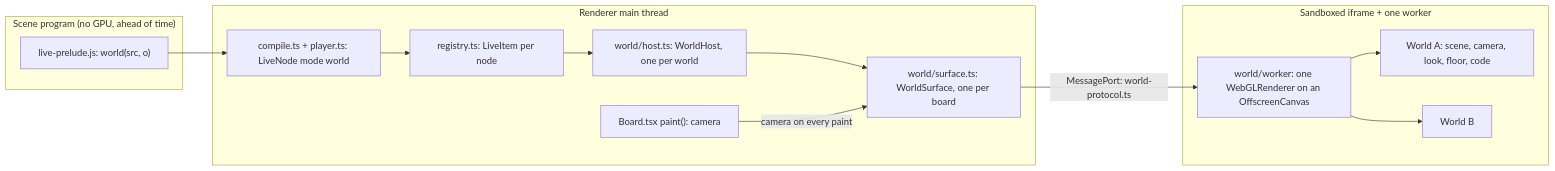
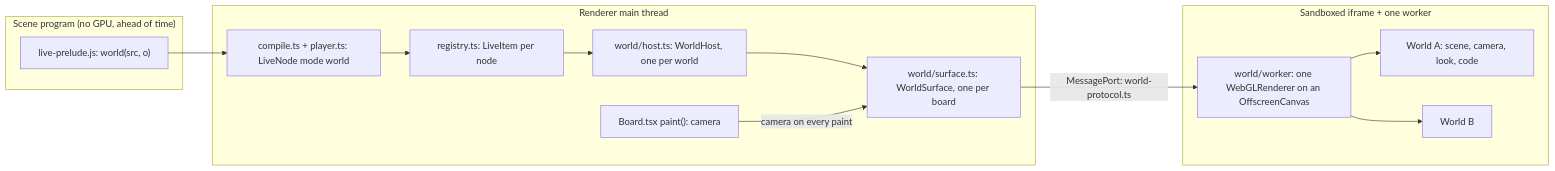
One commit to Nordup/askaboard changed the second of 7 diagrams in docs/learning-space/one-world-architecture.md. Above: the diagram before and after it, drawn with Mermaid. The commit also changed other lines of this file and 21 other files, not shown here.

First line of the commit message:
space: toon is the only look, and a moving world stays sharp

````diff
--- a/docs/learning-space/one-world-architecture.md
+++ b/docs/learning-space/one-world-architecture.md
@@ -31,23 +31,23 @@
 ```mermaid
 flowchart LR
   subgraph Stage ["Scene program (no GPU, ahead of time)"]
     P["live-prelude.js: world(src, o)"]
   end
   subgraph Page ["Renderer main thread"]
     CO["compile.ts + player.ts: LiveNode mode world"]
     R["registry.ts: LiveItem per node"]
     H["world/host.ts: WorldHost, one per world"]
     SF["world/surface.ts: WorldSurface, one per board"]
     B["Board.tsx paint(): camera"]
   end
   subgraph Frame ["Sandboxed iframe + one worker"]
     RT["world/worker: one WebGLRenderer on an OffscreenCanvas"]
-    W1["World A: scene, camera, look, floor, code"]
+    W1["World A: scene, camera, look, code"]
     W2["World B"]
   end
   P --> CO --> R --> H --> SF
   B -- "camera on every paint" --> SF
   SF -- "MessagePort: world-protocol.ts" --> RT
   RT --> W1
   RT --> W2
 ```
````
